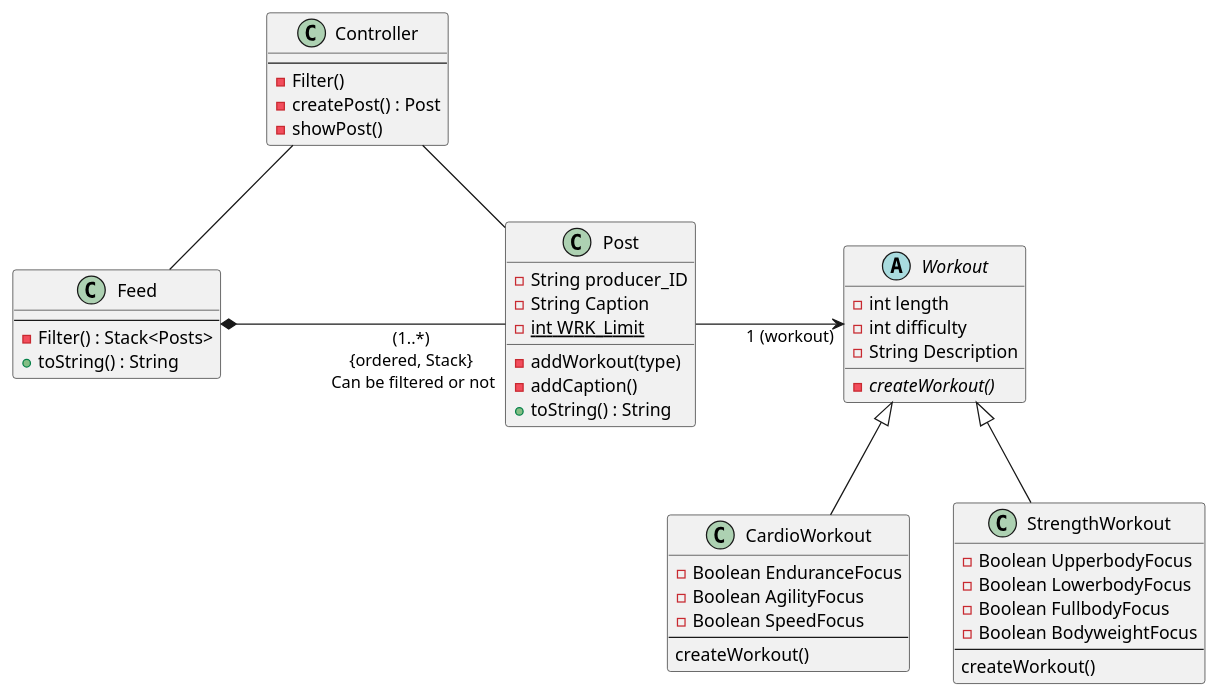
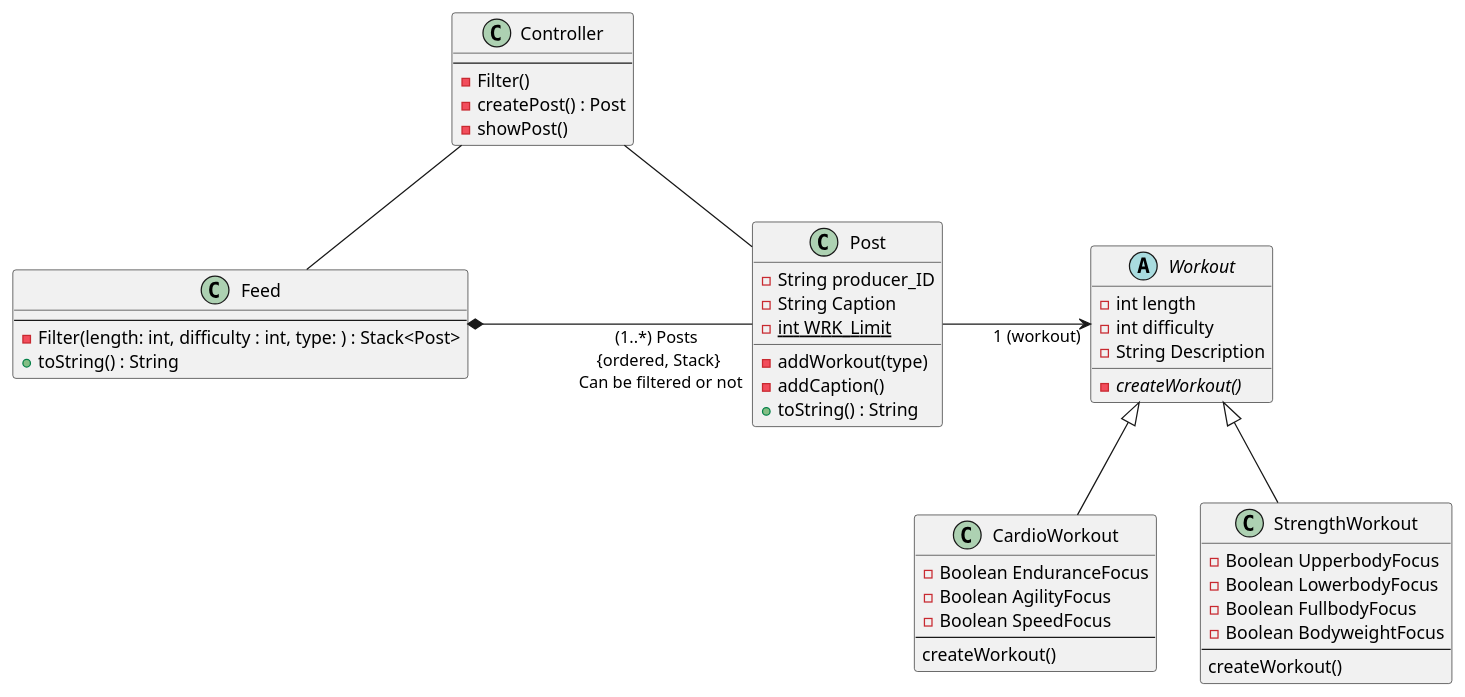
Before and after one commit to arun-guruswamy/workout-networking: the fifth of 5 diagrams in doc/design.md, drawn with PlantUML.

Commit message:
Preliminary class diagram

````diff
--- a/doc/design.md
+++ b/doc/design.md
@@ -102,57 +102,57 @@
 ```plantuml
 @startuml
 'skinparam classAttributeIconSize 0
 class Post {
 -String producer_ID
 -String Caption
 -{Static} int WRK_Limit
 {method} -addWorkout(type) 
 {method} -addCaption()
 {method} +toString() : String
 }
 
 abstract class Workout {
 -int length 
 -int difficulty 
 -String Description
 {method} {abstract} -createWorkout()
 }
 
 class CardioWorkout {
 -Boolean EnduranceFocus
 -Boolean AgilityFocus 
 -Boolean SpeedFocus
 --
 createWorkout() 
 }
 
 class StrengthWorkout {
 -Boolean UpperbodyFocus
 -Boolean LowerbodyFocus 
 -Boolean FullbodyFocus
 -Boolean BodyweightFocus 
 --
 createWorkout() 
 }
 
 class Feed {
 --
--Filter() : Stack<Posts> 
+-Filter(length: int, difficulty : int, type: ) : Stack<Post> 
 +toString() : String
 }
 
 class Controller {
 --
 -Filter() 
 -createPost() : Post 
 -showPost()
 }
 
-Feed *-"(1..*)\n{ordered, Stack}\n Can be filtered or not" Post : \t\t\t\t\t\t\t
+Feed *-"(1..*) Posts \n{ordered, Stack}\n Can be filtered or not" Post : \t\t\t\t\t\t\t
 Post -> "1 (workout)" Workout : \t\t\t
 Workout <|-- CardioWorkout
 Workout <|-- StrengthWorkout
 Controller -- Post 
 Controller -- Feed
 @enduml
 ```
````
